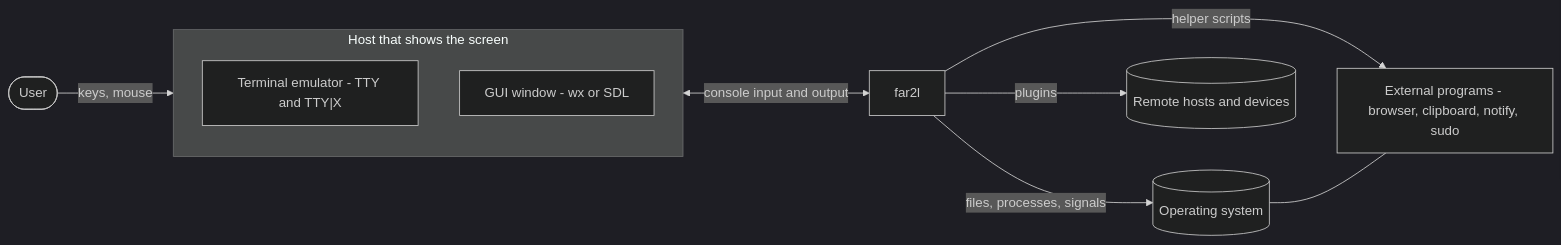
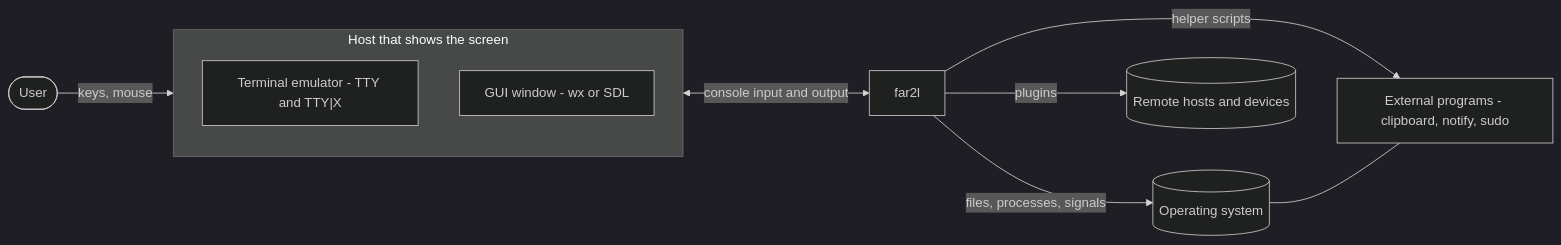
One commit to slava-kudzinau/far2l changed the diagram in docs/architecture/views/context.md. Above: the diagram before and after it, drawn with Mermaid (dark theme). The commit also changed other lines of this file and 13 other files, not shown here.

Commit message:
docs(markdown): remove the browser view from the architecture docs

````diff
--- a/docs/architecture/views/context.md
+++ b/docs/architecture/views/context.md
@@ -11,13 +11,13 @@
 ```mermaid
 flowchart LR
   user([User]) -->|keys, mouse| host
   subgraph host["Host that shows the screen"]
     tty["Terminal emulator - TTY and TTY|X"]
     gui["GUI window - wx or SDL"]
   end
   host <-->|"console input and output"| far2l[far2l]
   far2l -->|"files, processes, signals"| os[(Operating system)]
   far2l -->|"plugins"| remote[("Remote hosts and devices")]
-  far2l -->|"helper scripts"| ext["External programs - browser, clipboard, notify, sudo"]
+  far2l -->|"helper scripts"| ext["External programs - clipboard, notify, sudo"]
   os --- ext
 ```
````
